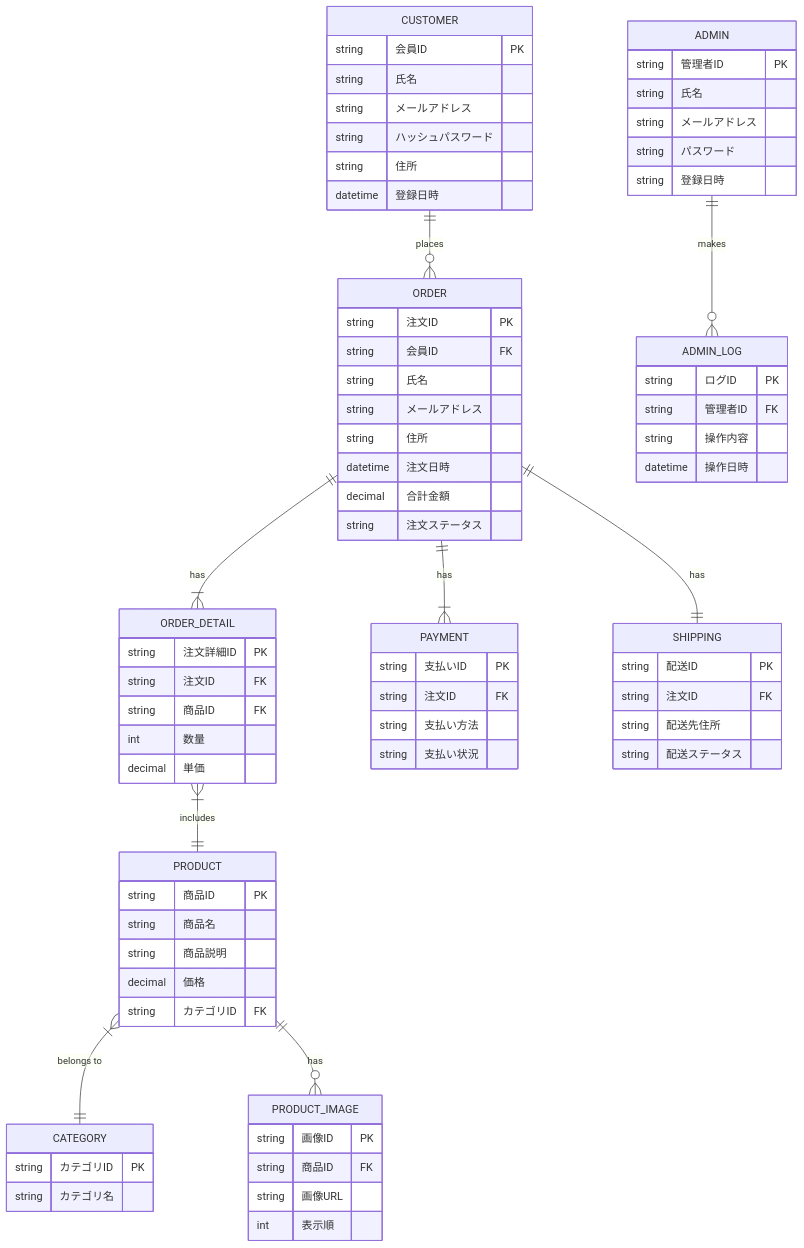
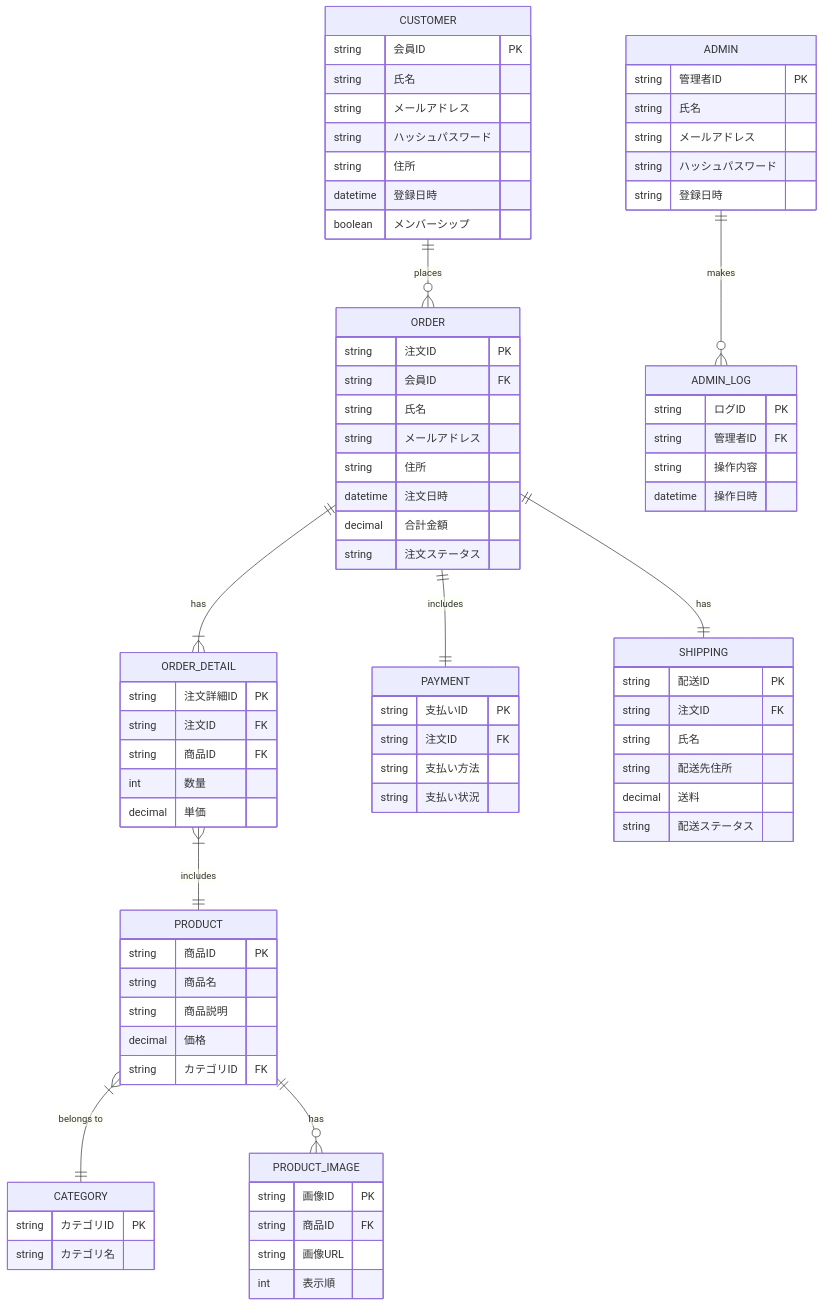
One commit to YUKlT0/Equipe changed the first of 5 diagrams in 基本設計/D.md. Above: the diagram before and after it, drawn with Mermaid. The commit also changed other lines of this file, not shown here.

```diff
--- a/基本設計/D.md
+++ b/基本設計/D.md
@@ -7,7 +7,7 @@
 erDiagram
     CUSTOMER ||--o{ ORDER : "places"
     ORDER ||--|{ ORDER_DETAIL : "has"
-    ORDER ||--|{ PAYMENT : "has"
+    ORDER ||--|| PAYMENT : "includes"
     ORDER_DETAIL }|--|| PRODUCT : "includes"
     PRODUCT }|--|| CATEGORY : "belongs to"
     PRODUCT ||--o{ PRODUCT_IMAGE : "has"
@@ -21,13 +21,14 @@
         string ハッシュパスワード
         string 住所
         datetime 登録日時
+        boolean メンバーシップ
     }
 
     ADMIN {
         string 管理者ID PK
         string 氏名
         string メールアドレス
-        string パスワード
+        string ハッシュパスワード
         string 登録日時
     }
 
@@ -73,7 +74,9 @@
     SHIPPING {
         string 配送ID PK
         string 注文ID FK
+        string 氏名
         string 配送先住所
+        decimal 送料
         string 配送ステータス
     }
 
```
